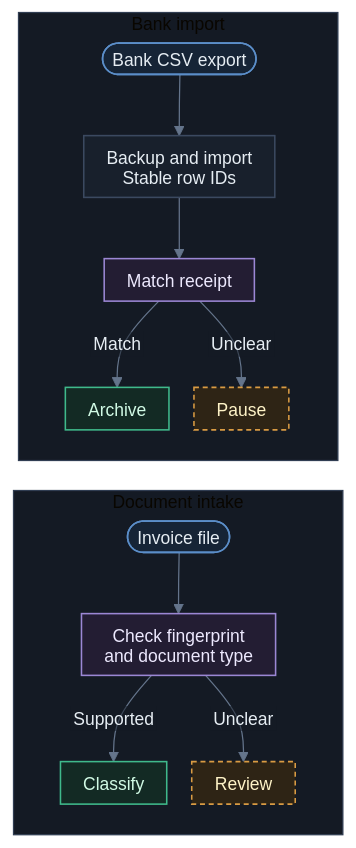
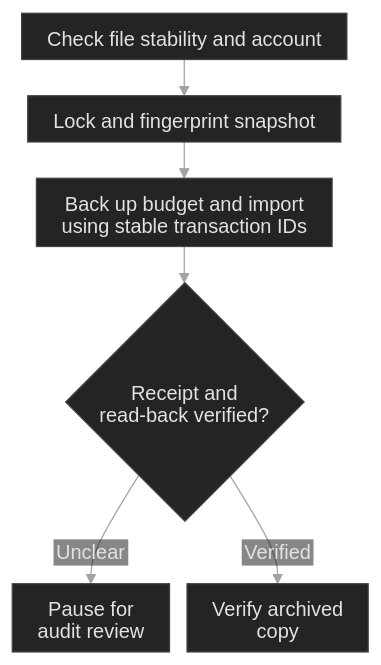
One commit to kazuall/finance-process-portfolio changed the diagram in diagrams/bank-imports-compact.mmd. Above: the diagram before and after it, drawn with Mermaid. The commit also changed 20 other files, not shown here.

```diff
--- a/diagrams/bank-imports-compact.mmd
+++ b/diagrams/bank-imports-compact.mmd
@@ -1,45 +1,34 @@
 ---
 config:
   theme: base
   htmlLabels: false
   themeVariables:
     darkMode: true
-    background: transparent
+    background: '#101010'
     fontFamily: 'Inter, -apple-system, BlinkMacSystemFont, Segoe UI, sans-serif'
-    fontSize: '14px'
-    primaryTextColor: '#e6edf3'
-    lineColor: '#64748b'
-    textColor: '#e6edf3'
-    edgeLabelBackground: '#141a24'
-    clusterBkg: '#141a24'
-    clusterBorder: '#303d52'
+    fontSize: '16px'
+    primaryColor: '#242424'
+    primaryTextColor: '#e2e2e2'
+    primaryBorderColor: '#434343'
+    lineColor: '#a3a3a3'
+    edgeLabelBackground: '#101010'
+    textColor: '#cdcdcd'
   flowchart:
     htmlLabels: false
     useMaxWidth: false
-    nodeSpacing: 20
-    rankSpacing: 24
-    padding: 9
-    diagramPadding: 10
+    nodeSpacing: 14
+    rankSpacing: 29
+    wrappingWidth: 245
+    padding: 10
+    diagramPadding: 5
     curve: basis
-  themeCSS: 'text{font-family: Inter, "Segoe UI", Arial, sans-serif;}.node rect.label-container{rx:8px;ry:8px}.cluster rect{rx:8px;ry:8px}.edgeLabel .labelBkg{fill:#141a24 !important}.edgeLabel text{fill:#c5d2e4 !important}.cluster-label text{fill:#c5d2e4 !important;font-weight:600}'
+  themeCSS: 'text,tspan{font-family:system-ui,sans-serif!important}.node rect.label-container{rx:3px;ry:3px}.node rect,.node polygon,.flowchart-link{stroke-width:1px!important}.edgeLabel .labelBkg{fill:#101010!important;opacity:1!important}.edgeLabel text{fill:#c4c4c4!important}'
 ---
 flowchart TB
-  subgraph bank["Bank import"]
-    direction TB
-    csv(["Bank CSV export"]):::source --> import["Backup and import<br/>Stable row IDs"]:::process
-    import --> receipt["Match receipt"]:::check
-    receipt -->|Match| archive["Archive"]:::output
-    receipt -->|Unclear| pause["Pause"]:::human
-  end
-  subgraph docs["Document intake"]
-    direction TB
-    file(["Invoice file"]):::source --> hash["Check fingerprint<br/>and document type"]:::check
-    hash -->|Supported| sort["Classify"]:::output
-    hash -->|Unclear| review["Review"]:::human
-  end
-  bank ~~~ docs
-  classDef source fill:#162436,stroke:#5b8ec9,color:#e6edf3,stroke-width:1.25px
-  classDef process fill:#18202c,stroke:#3b4960,color:#e6edf3,stroke-width:1.25px
-  classDef check fill:#231d33,stroke:#9b87d4,color:#ede9fe,stroke-width:1.25px
-  classDef human fill:#2e2415,stroke:#d99b43,color:#fef3c7,stroke-width:1.25px,stroke-dasharray:4 3
-  classDef output fill:#132a24,stroke:#3fb98b,color:#d1fae5,stroke-width:1.25px
+  accTitle: Bank import
+  accDescr: A stable statement for the expected account is copied under a lock. Actual Budget is backed up before import using stable transaction IDs. A verified receipt allows archiving. An uncertain write pauses the watcher for audit.
+  csv["Check file stability and account"] --> lock["Lock and fingerprint snapshot"]
+  lock --> write["Back up budget and import<br/>using stable transaction IDs"]
+  write --> audit{"Receipt and<br/>read-back verified?"}
+  audit -->|Unclear| pause["Pause for<br/>audit review"]
+  audit -->|Verified| archive["Verify archived<br/>copy"]
```
